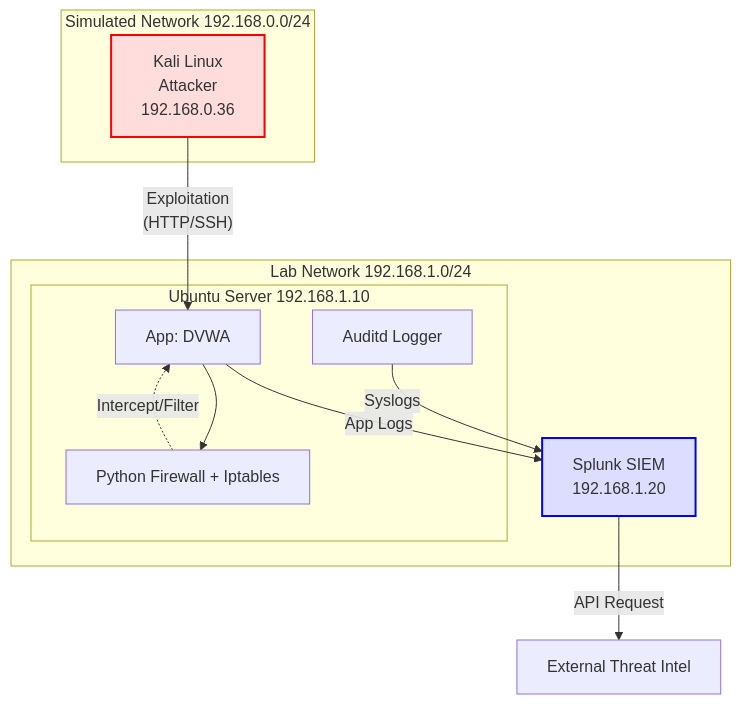
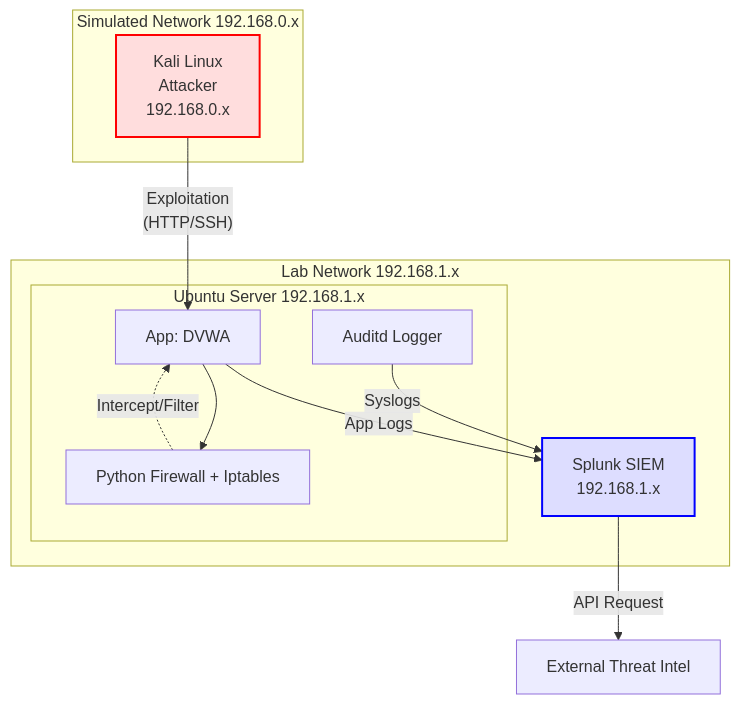
The diagram in homelab-soc/Architecture.md (TomiGuasta/SocLab-Portfolio), drawn with Mermaid before and after one commit. The commit also changed other lines of this file, not shown here.

````diff
--- a/homelab-soc/Architecture.md
+++ b/homelab-soc/Architecture.md
@@ -7,32 +7,32 @@
 ```mermaid
 graph TB
     %% Definición de Estilos
     classDef attacker fill:#fdd,stroke:#f00,stroke-width:2px;
     classDef victim fill:#dfd,stroke:#0f0,stroke-width:2px;
     classDef siem fill:#ddf,stroke:#00f,stroke-width:2px;
 
-    subgraph Internet_Zone [Simulated Network 192.168.0.0/24]
-        KALI[Kali Linux<br/>Attacker<br/>192.168.0.36]:::attacker
+    subgraph Internet_Zone [Simulated Network 192.168.0.x]
+        KALI[Kali Linux<br/>Attacker<br/>192.168.0.x]:::attacker
     end
 
-    subgraph Defense_Lab [Lab Network 192.168.1.0/24]
-        subgraph Victim_Host [Ubuntu Server 192.168.1.10]
+    subgraph Defense_Lab [Lab Network 192.168.1.x]
+        subgraph Victim_Host [Ubuntu Server 192.168.1.x]
             DVWA[App: DVWA]
             FW[Python Firewall + Iptables]
             AUDITD[Auditd Logger]
         end
-        SPLUNK[Splunk SIEM<br/>192.168.1.20]:::siem
+        SPLUNK[Splunk SIEM<br/>192.168.1.x]:::siem
     end
 
     %% Flujos de Ataque
     KALI -- "Exploitation<br/>(HTTP/SSH)" --> DVWA
 
     %% Flujos de Defensa / Logs
     DVWA --> FW
     FW -.-> |"Intercept/Filter"| DVWA
     AUDITD --> |"Syslogs"| SPLUNK
     DVWA --> |"App Logs"| SPLUNK
 
     %% Inteligencia
     SPLUNK -- "API Request" --> THREAT[External Threat Intel]
 ```
````
